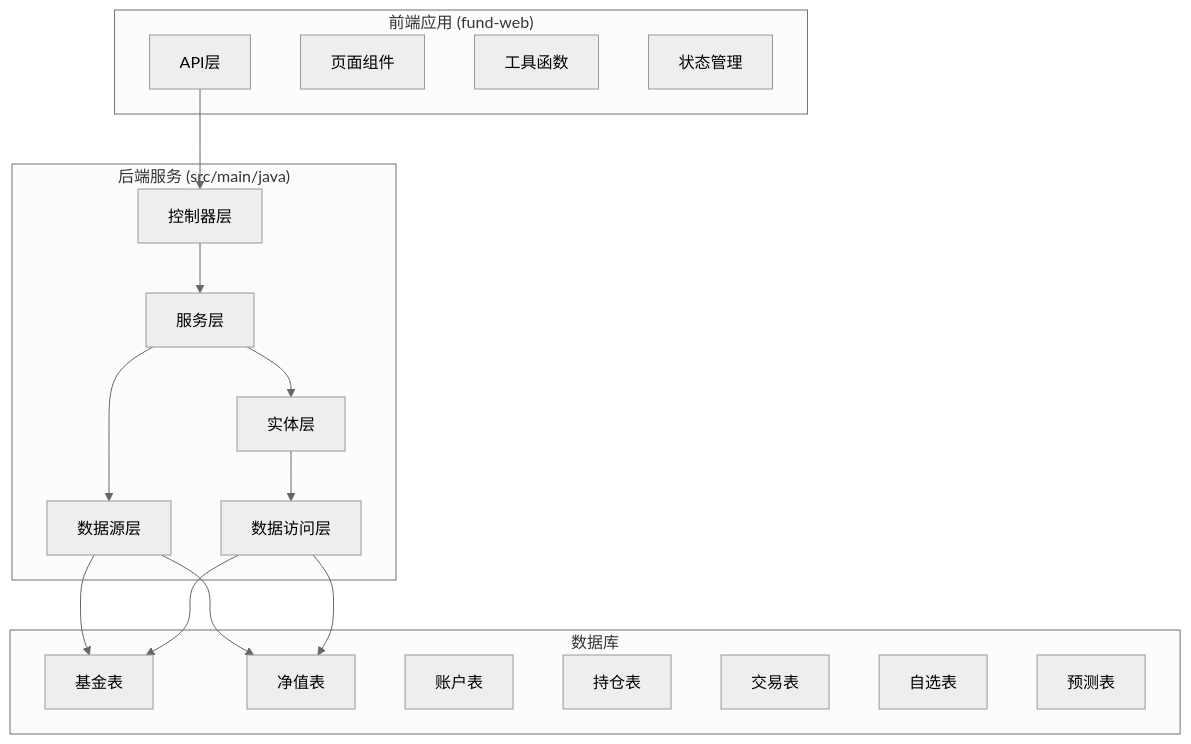
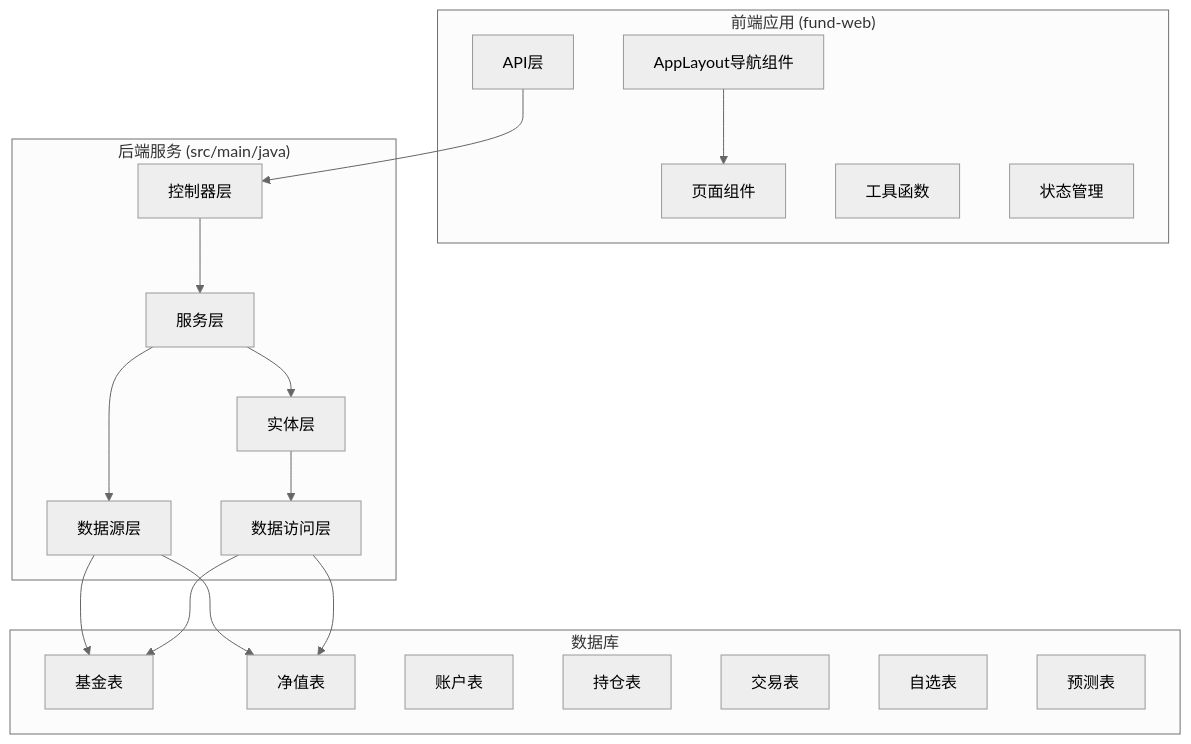
One commit to gree-coder/fund-butler changed the first of 12 diagrams in .qoder/repowiki/zh/content/Fund Detail Enhancement.md. Above: the diagram before and after it, drawn with Mermaid (neutral theme). The commit also changed other lines of this file and 12 other files, not shown here.

````diff
--- a/.qoder/repowiki/zh/content/Fund Detail Enhancement.md
+++ b/.qoder/repowiki/zh/content/Fund Detail Enhancement.md
@@ -51,34 +63,36 @@
 ```mermaid
 graph TB
 subgraph "前端应用 (fund-web)"
+FE_LAYOUT[AppLayout导航组件]
 FE_API[API层]
 FE_PAGES[页面组件]
 FE_UTILS[工具函数]
 FE_STORE[状态管理]
 end
 subgraph "后端服务 (src/main/java)"
 BE_CONTROLLER[控制器层]
 BE_SERVICE[服务层]
 BE_DATASOURCE[数据源层]
 BE_ENTITY[实体层]
 BE_MAPPER[数据访问层]
 end
 subgraph "数据库"
 DB_FUND[基金表]
 DB_NAV[净值表]
 DB_ACCOUNT[账户表]
 DB_POSITION[持仓表]
 DB_TRANSACTION[交易表]
 DB_WATCHLIST[自选表]
 DB_PREDICTION[预测表]
 end
+FE_LAYOUT --> FE_PAGES
 FE_API --> BE_CONTROLLER
 BE_CONTROLLER --> BE_SERVICE
 BE_SERVICE --> BE_DATASOURCE
 BE_DATASOURCE --> DB_FUND
 BE_DATASOURCE --> DB_NAV
 BE_SERVICE --> BE_ENTITY
 BE_ENTITY --> BE_MAPPER
 BE_MAPPER --> DB_FUND
 BE_MAPPER --> DB_NAV
 ```
````
